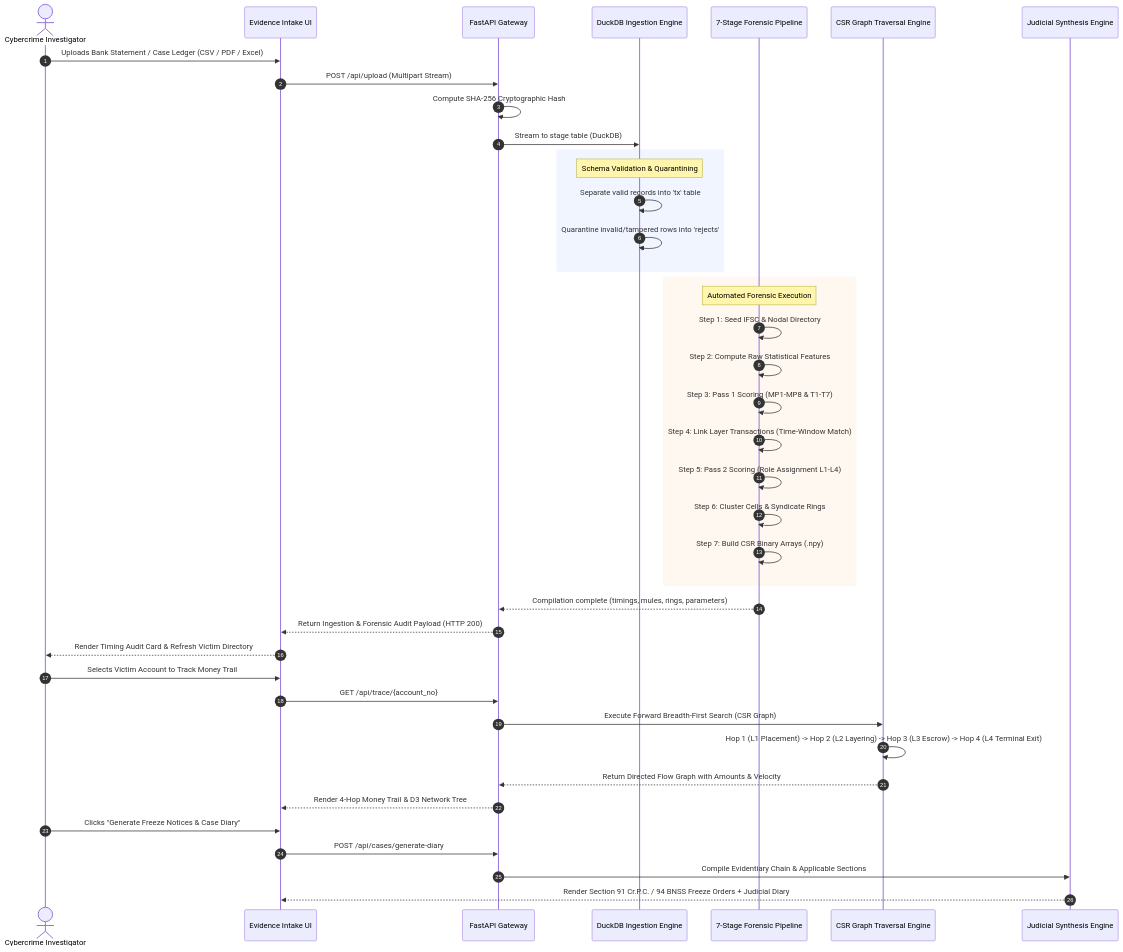
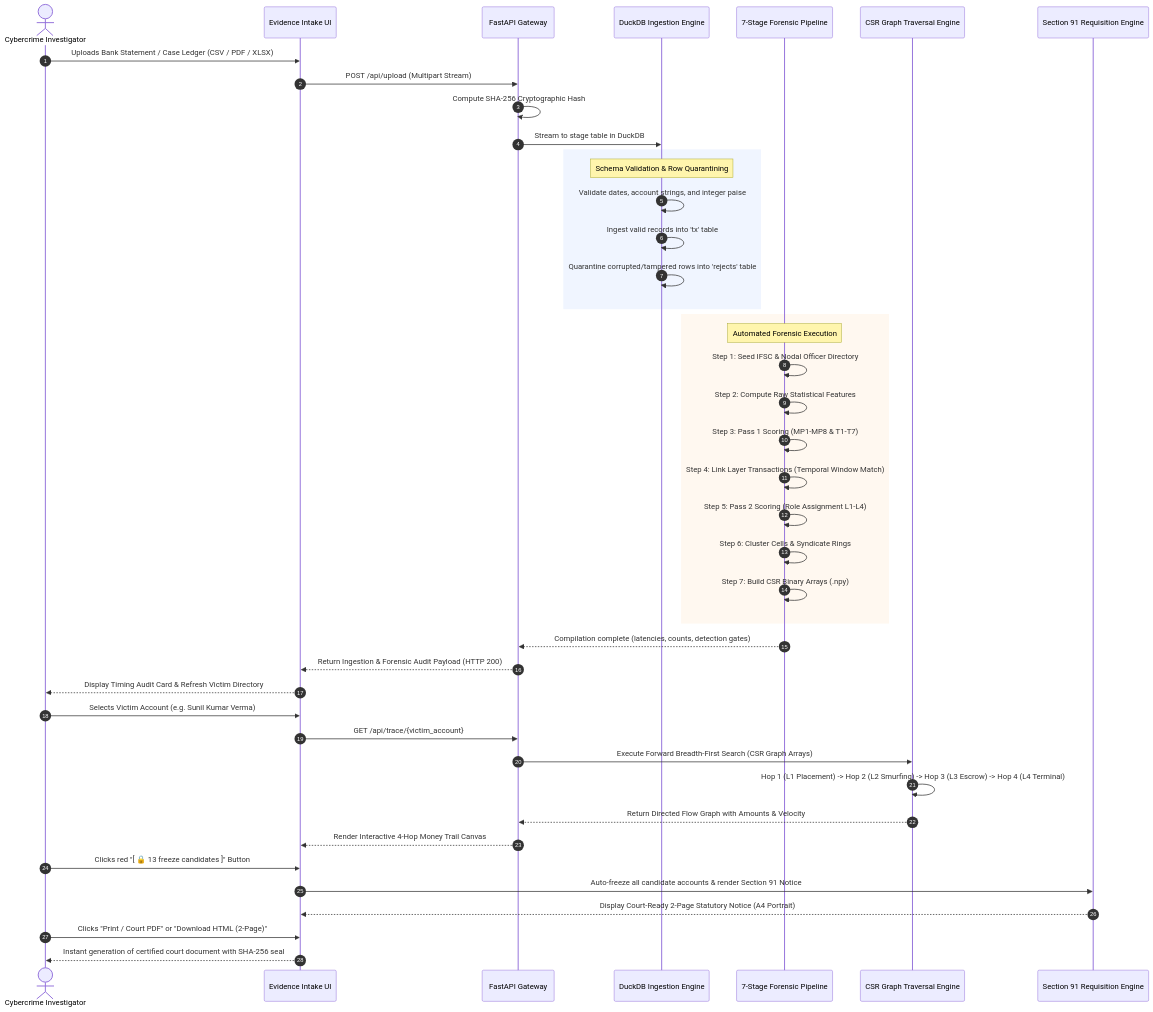
The second of 2 diagrams in README.md (harshparmar2004/VOID-HACK-HACKATHON-36H), drawn with Mermaid before and after one commit. The commit also changed other lines of this file, not shown here.

Commit message:
docs: comprehensive professional README with end-to-end feature architecture, statutory compliance, and multi-format intake specifications

````diff
--- a/README.md
+++ b/README.md
@@ -119,49 +132,51 @@
 ```mermaid
 sequenceDiagram
     autonumber
     actor Officer as Cybercrime Investigator
     participant UI as Evidence Intake UI
     participant API as FastAPI Gateway
     participant Ingest as DuckDB Ingestion Engine
     participant Pipeline as 7-Stage Forensic Pipeline
     participant Tracer as CSR Graph Traversal Engine
-    participant Legal as Judicial Synthesis Engine
+    participant Legal as Section 91 Requisition Engine
 
-    Officer->>UI: Uploads Bank Statement / Case Ledger (CSV / PDF / Excel)
+    Officer->>UI: Uploads Bank Statement / Case Ledger (CSV / PDF / XLSX)
     UI->>API: POST /api/upload (Multipart Stream)
     API->>API: Compute SHA-256 Cryptographic Hash
-    API->>Ingest: Stream to stage table (DuckDB)
+    API->>Ingest: Stream to stage table in DuckDB
     
     rect rgb(240, 245, 255)
-    Note over Ingest: Schema Validation & Quarantining
-    Ingest->>Ingest: Separate valid records into 'tx' table
-    Ingest->>Ingest: Quarantine invalid/tampered rows into 'rejects'
+    Note over Ingest: Schema Validation & Row Quarantining
+    Ingest->>Ingest: Validate dates, account strings, and integer paise
+    Ingest->>Ingest: Ingest valid records into 'tx' table
+    Ingest->>Ingest: Quarantine corrupted/tampered rows into 'rejects' table
     end
 
     rect rgb(255, 248, 240)
     Note over Pipeline: Automated Forensic Execution
-    Pipeline->>Pipeline: Step 1: Seed IFSC & Nodal Directory
+    Pipeline->>Pipeline: Step 1: Seed IFSC & Nodal Officer Directory
     Pipeline->>Pipeline: Step 2: Compute Raw Statistical Features
     Pipeline->>Pipeline: Step 3: Pass 1 Scoring (MP1-MP8 & T1-T7)
-    Pipeline->>Pipeline: Step 4: Link Layer Transactions (Time-Window Match)
+    Pipeline->>Pipeline: Step 4: Link Layer Transactions (Temporal Window Match)
     Pipeline->>Pipeline: Step 5: Pass 2 Scoring (Role Assignment L1-L4)
     Pipeline->>Pipeline: Step 6: Cluster Cells & Syndicate Rings
     Pipeline->>Pipeline: Step 7: Build CSR Binary Arrays (.npy)
     end
 
-    Pipeline-->>API: Compilation complete (timings, mules, rings, parameters)
+    Pipeline-->>API: Compilation complete (latencies, counts, detection gates)
     API-->>UI: Return Ingestion & Forensic Audit Payload (HTTP 200)
-    UI-->>Officer: Render Timing Audit Card & Refresh Victim Directory
+    UI-->>Officer: Display Timing Audit Card & Refresh Victim Directory
 
-    Officer->>UI: Selects Victim Account to Track Money Trail
-    UI->>API: GET /api/trace/{account_no}
-    API->>Tracer: Execute Forward Breadth-First Search (CSR Graph)
-    Tracer->>Tracer: Hop 1 (L1 Placement) -> Hop 2 (L2 Layering) -> Hop 3 (L3 Escrow) -> Hop 4 (L4 Terminal Exit)
+    Officer->>UI: Selects Victim Account (e.g. Sunil Kumar Verma)
+    UI->>API: GET /api/trace/{victim_account}
+    API->>Tracer: Execute Forward Breadth-First Search (CSR Graph Arrays)
+    Tracer->>Tracer: Hop 1 (L1 Placement) -> Hop 2 (L2 Smurfing) -> Hop 3 (L3 Escrow) -> Hop 4 (L4 Terminal)
     Tracer-->>API: Return Directed Flow Graph with Amounts & Velocity
-    API-->>UI: Render 4-Hop Money Trail & D3 Network Tree
+    API-->>UI: Render Interactive 4-Hop Money Trail Canvas
 
-    Officer->>UI: Clicks "Generate Freeze Notices & Case Diary"
-    UI->>API: POST /api/cases/generate-diary
-    API->>Legal: Compile Evidentiary Chain & Applicable Sections
-    Legal-->>UI: Render Section 91 Cr.P.C. / 94 BNSS Freeze Orders + Judicial Diary
+    Officer->>UI: Clicks red "[ 🔒 13 freeze candidates ]" Button
+    UI->>Legal: Auto-freeze all candidate accounts & render Section 91 Notice
+    Legal-->>UI: Display Court-Ready 2-Page Statutory Notice (A4 Portrait)
+    Officer->>UI: Clicks "Print / Court PDF" or "Download HTML (2-Page)"
+    UI-->>Officer: Instant generation of certified court document with SHA-256 seal
 ```
````
